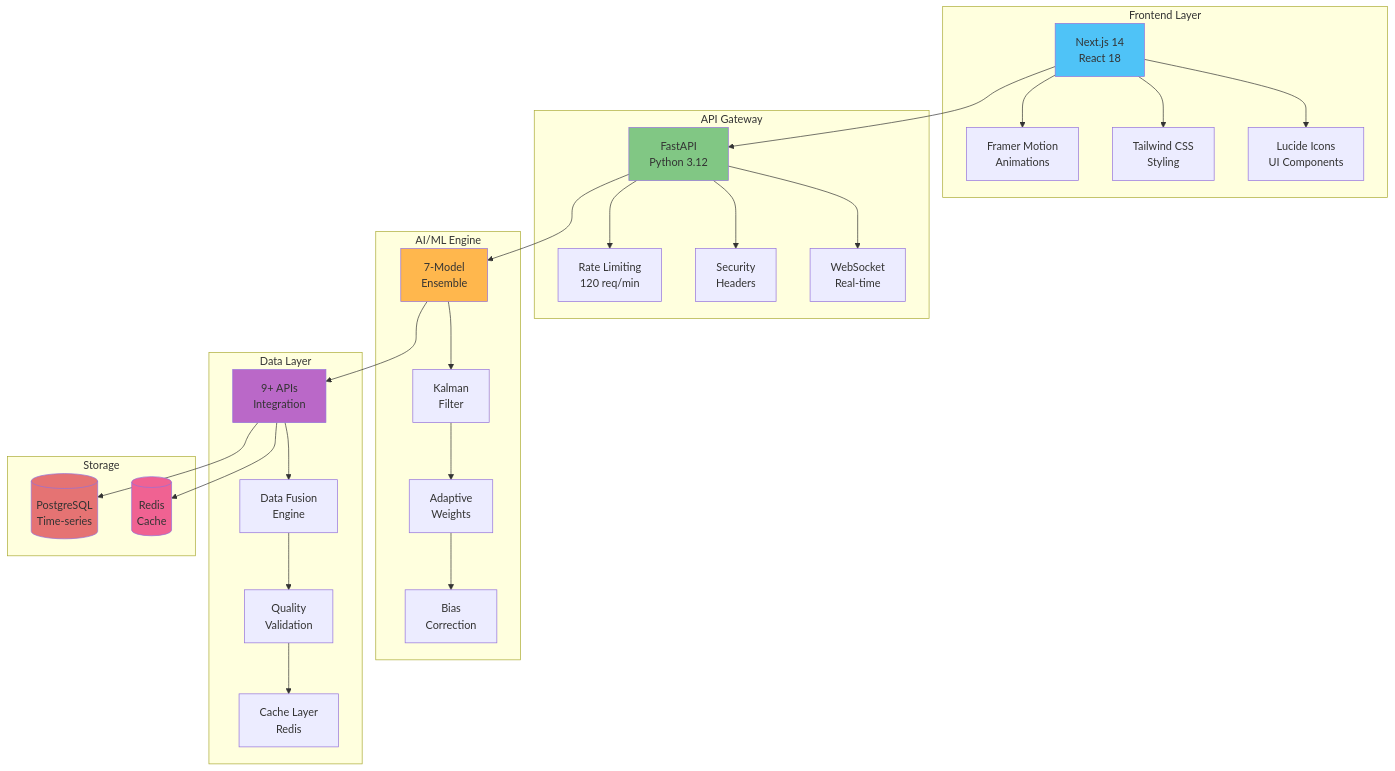
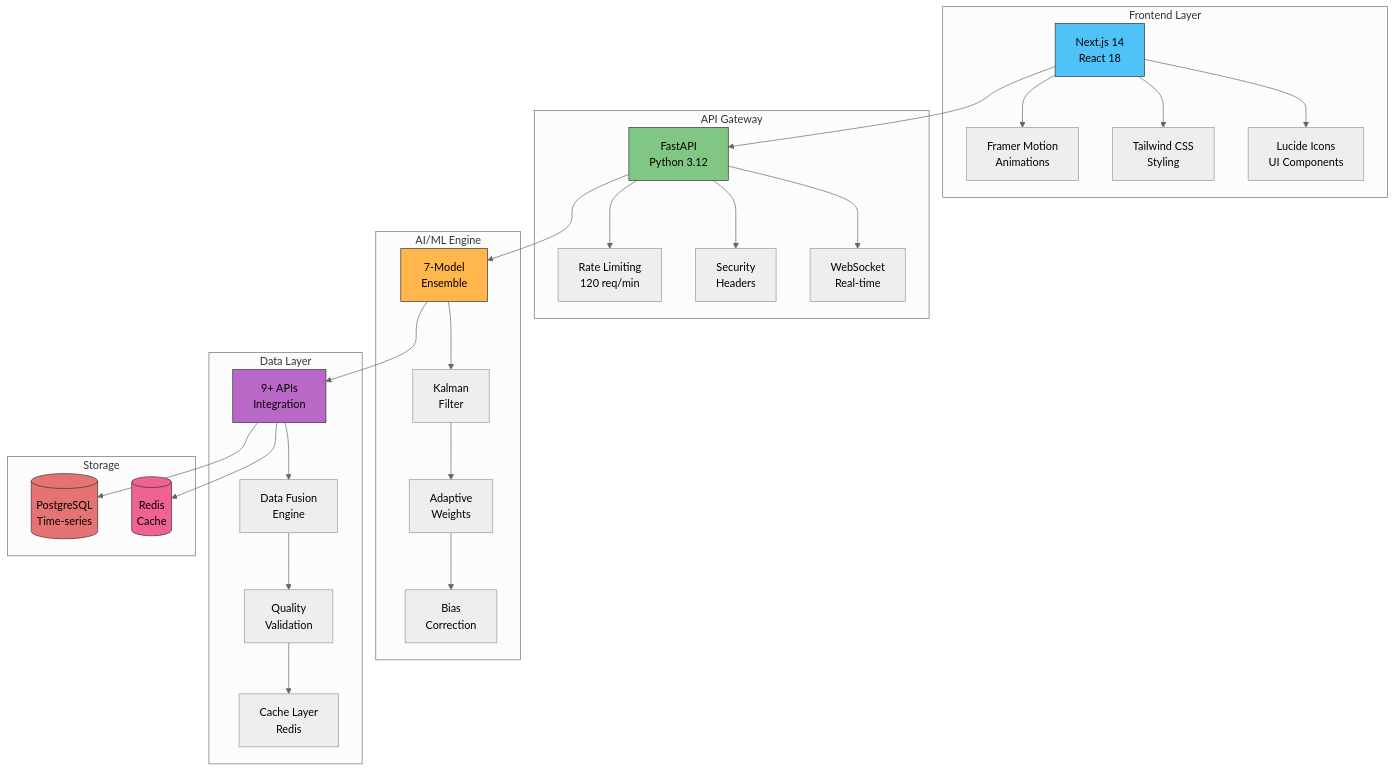
Before and after one commit to sumith1309/Project_Sahara_Sense: the fourth of 14 diagrams in README.md, drawn with Mermaid. The commit also changed other lines of this file, not shown here.

Commit message:
docs: Enhance Mermaid diagrams visibility with neutral theme

````diff
--- a/README.md
+++ b/README.md
@@ -180,44 +183,45 @@
 ```mermaid
+%%{init: {'theme': 'neutral'}}%%
 graph TB
     subgraph "Frontend Layer"
         A[Next.js 14<br/>React 18] --> B[Framer Motion<br/>Animations]
         A --> C[Tailwind CSS<br/>Styling]
         A --> D[Lucide Icons<br/>UI Components]
     end
     
     subgraph "API Gateway"
         E[FastAPI<br/>Python 3.12] --> F[Rate Limiting<br/>120 req/min]
         E --> G[Security<br/>Headers]
         E --> H[WebSocket<br/>Real-time]
     end
     
     subgraph "AI/ML Engine"
         I[7-Model<br/>Ensemble] --> J[Kalman<br/>Filter]
         J --> K[Adaptive<br/>Weights]
         K --> L[Bias<br/>Correction]
     end
     
     subgraph "Data Layer"
         M[9+ APIs<br/>Integration] --> N[Data Fusion<br/>Engine]
         N --> O[Quality<br/>Validation]
         O --> P[Cache Layer<br/>Redis]
     end
     
     subgraph "Storage"
         Q[(PostgreSQL<br/>Time-series)]
         R[(Redis<br/>Cache)]
     end
     
     A --> E
     E --> I
     I --> M
     M --> Q
     M --> R
     
-    style A fill:#4fc3f7
-    style E fill:#81c784
-    style I fill:#ffb74d
-    style M fill:#ba68c8
-    style Q fill:#e57373
-    style R fill:#f06292
+    style A fill:#4fc3f7,stroke:#333,color:#000
+    style E fill:#81c784,stroke:#333,color:#000
+    style I fill:#ffb74d,stroke:#333,color:#000
+    style M fill:#ba68c8,stroke:#333,color:#000
+    style Q fill:#e57373,stroke:#333,color:#000
+    style R fill:#f06292,stroke:#333,color:#000
 ```
````
